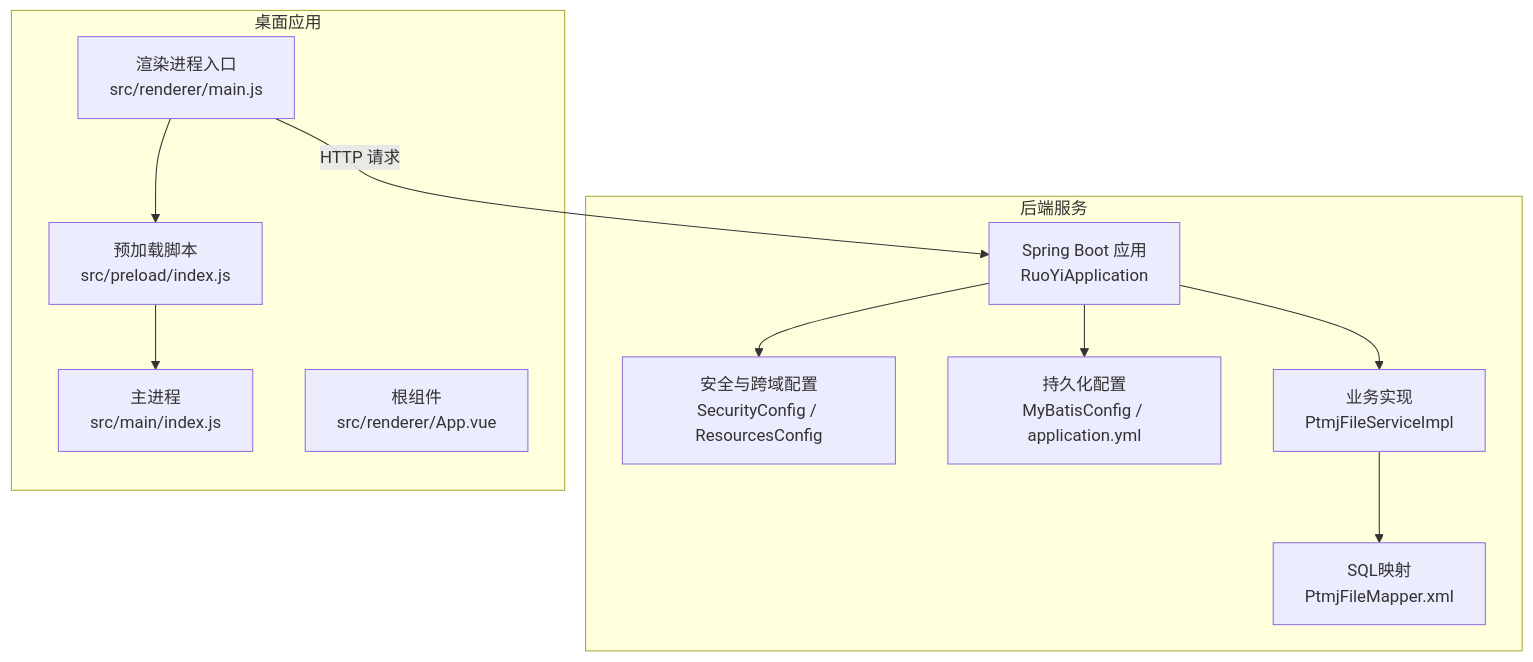
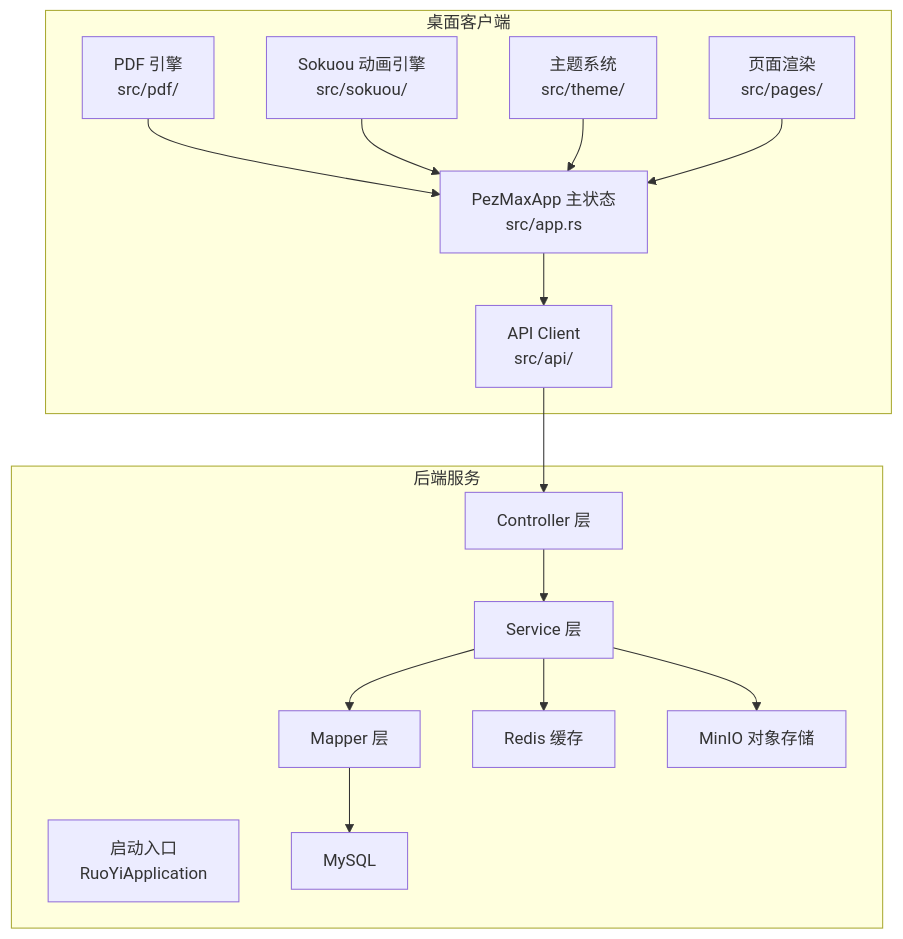
One commit to PezMax/PezMax-One changed the first of 7 diagrams in repowiki/zh/content/系统架构设计/整体架构概览.md. Above: the diagram before and after it, drawn with Mermaid. The commit also changed other lines of this file and 12 other files, not shown here.

````diff
--- a/repowiki/zh/content/系统架构设计/整体架构概览.md
+++ b/repowiki/zh/content/系统架构设计/整体架构概览.md
@@ -44,23 +37,31 @@
 ```mermaid
 graph TB
+subgraph "桌面客户端"
+A["PezMaxApp 主状态<br/>src/app.rs"]
+B["API Client<br/>src/api/"]
+C["PDF 引擎<br/>src/pdf/"]
+D["Sokuou 动画引擎<br/>src/sokuou/"]
+E["主题系统<br/>src/theme/"]
+F["页面渲染<br/>src/pages/"]
+end
 subgraph "后端服务"
-A["Spring Boot 应用<br/>RuoYiApplication"]
-B["安全与跨域配置<br/>SecurityConfig / ResourcesConfig"]
-C["持久化配置<br/>MyBatisConfig / application.yml"]
-D["业务实现<br/>PtmjFileServiceImpl"]
-E["SQL映射<br/>PtmjFileMapper.xml"]
-end
-subgraph "桌面应用"
-F["主进程<br/>src/main/index.js"]
-G["预加载脚本<br/>src/preload/index.js"]
-H["渲染进程入口<br/>src/renderer/main.js"]
-I["根组件<br/>src/renderer/App.vue"]
+G["启动入口<br/>RuoYiApplication"]
+H["Controller 层"]
+I["Service 层"]
+J["Mapper 层"]
+K["MySQL"]
+L["Redis 缓存"]
+M["MinIO 对象存储"]
 end
 A --> B
-A --> C
-A --> D
-D --> E
-H --> G
-G --> F
-H --> |"HTTP 请求"| A
+B --> H
+H --> I
+I --> J
+J --> K
+I --> L
+I --> M
+C --> A
+D --> A
+E --> A
+F --> A
 ```
````
